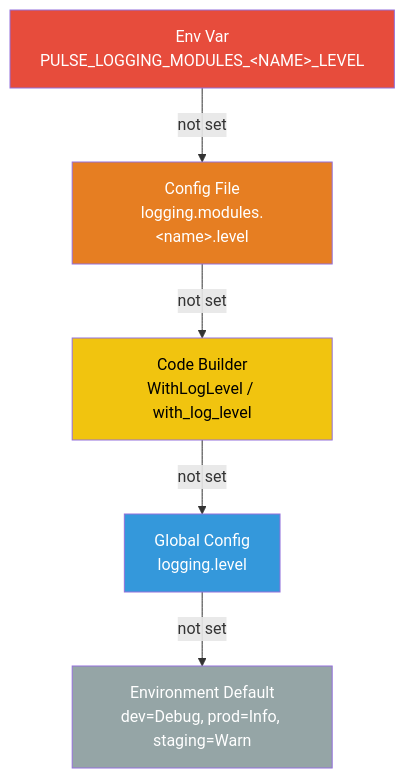
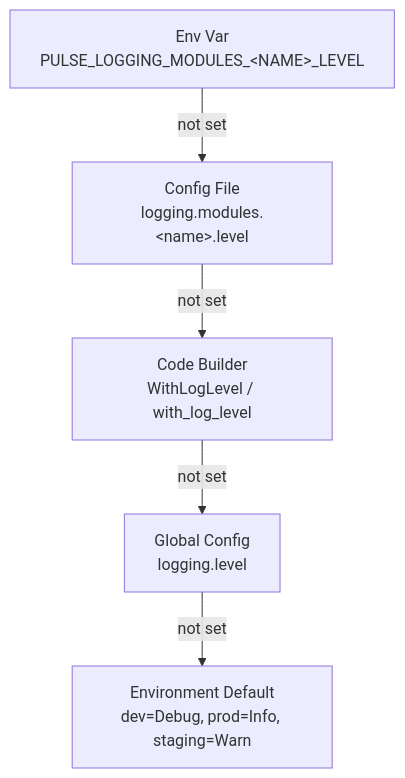
Before and after one commit to the-protobuf-project/opentelementry: the third of 3 diagrams in docs/configuration.md, drawn with Mermaid.

````diff
--- a/docs/configuration.md
+++ b/docs/configuration.md
@@ -315,13 +315,7 @@
 ```mermaid
 flowchart TD
     A[Env Var<br/>PULSE_LOGGING_MODULES_&lt;NAME&gt;_LEVEL] -->|not set| B[Config File<br/>logging.modules.&lt;name&gt;.level]
     B -->|not set| C[Code Builder<br/>WithLogLevel / with_log_level]
     C -->|not set| D[Global Config<br/>logging.level]
     D -->|not set| E[Environment Default<br/>dev=Debug, prod=Info, staging=Warn]
-
-    style A fill:#e74c3c,color:#fff
-    style B fill:#e67e22,color:#fff
-    style C fill:#f1c40f,color:#000
-    style D fill:#3498db,color:#fff
-    style E fill:#95a5a6,color:#fff
 ```
````
